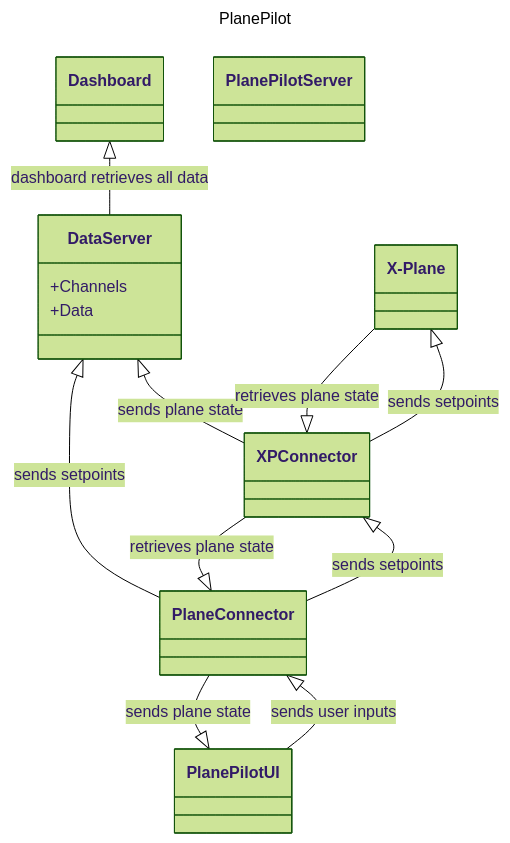
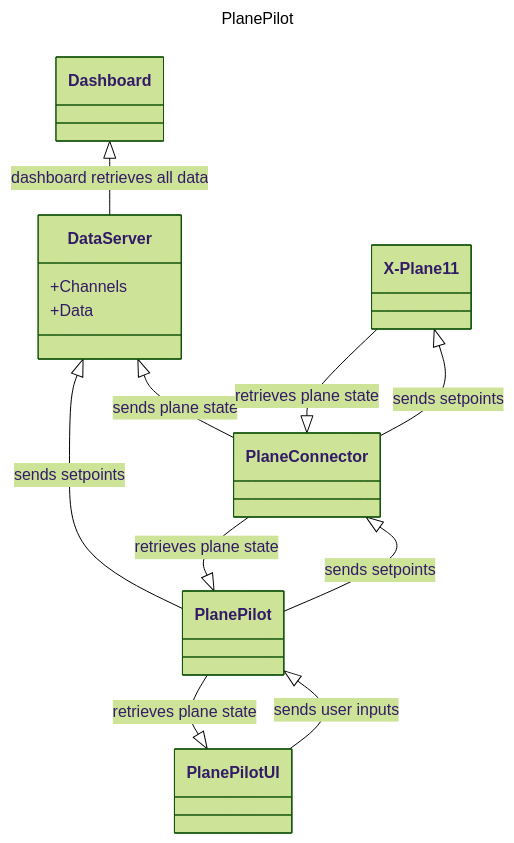
Before and after one commit to scott223/planepilot: the diagram in README.md, drawn with Mermaid (forest theme).

````diff
--- a/README.md
+++ b/README.md
@@ -4,31 +4,31 @@
 ```mermaid
 ---
 title: PlanePilot
 ---
 classDiagram
-    DataServer <|-- XPConnector : sends plane state
+    DataServer <|-- PlaneConnector : sends plane state
     Dashboard <|-- DataServer : dashboard retrieves all data
-    PlaneConnector <|-- PlanePilotUI : sends user inputs
-    PlaneConnector --|> PlanePilotUI : sends plane state
-    XPConnector <|-- PlaneConnector : sends setpoints
-    XPConnector --|> PlaneConnector : retrieves plane state
-    DataServer <|-- PlaneConnector : sends setpoints
-    X-Plane <|-- XPConnector : sends setpoints
-    X-Plane --|> XPConnector : retrieves plane state
+    PlanePilot <|-- PlanePilotUI : sends user inputs
+    PlanePilot --|> PlanePilotUI : retrieves plane state
+    PlaneConnector <|-- PlanePilot : sends setpoints
+    PlaneConnector --|> PlanePilot : retrieves plane state
+    DataServer <|-- PlanePilot : sends setpoints
+    X-Plane11 <|-- PlaneConnector : sends setpoints
+    X-Plane11 --|> PlaneConnector : retrieves plane state
     class DataServer{
         +Channels
         +Data
     }
     class Dashboard {
 
     }
-    class PlanePilotServer{
+    class PlaneConnector{
 
     }
     class PlanePilotUI {
 
     }
-    class X-Plane {
+    class X-Plane11 {
 
     }
 ```
````
